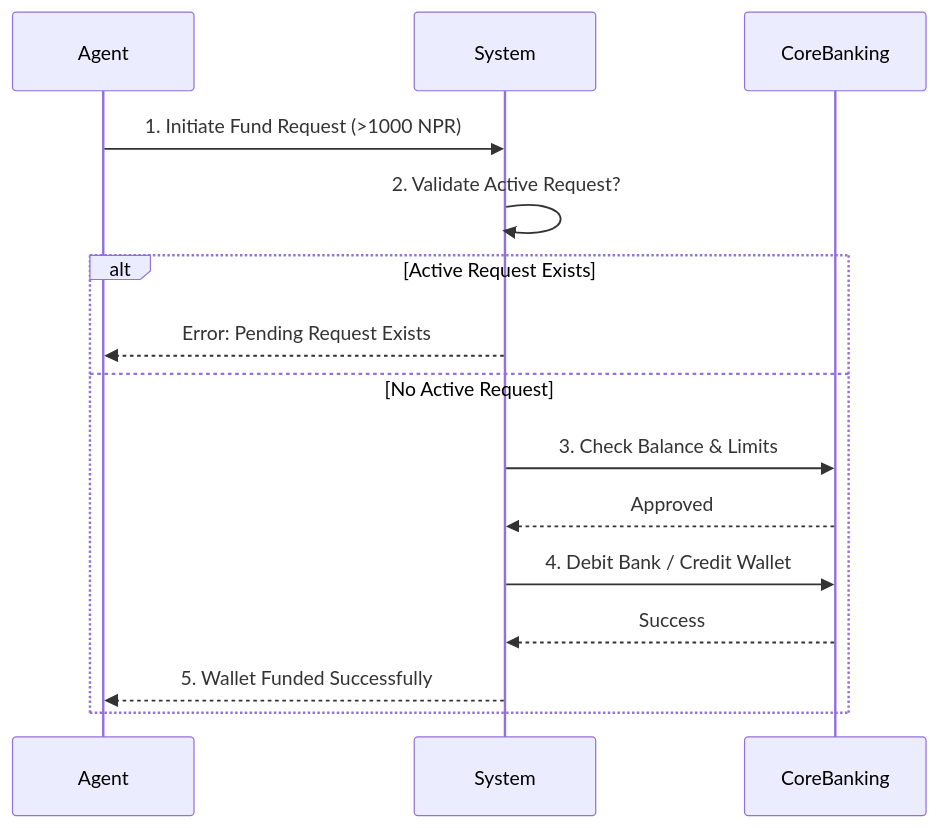
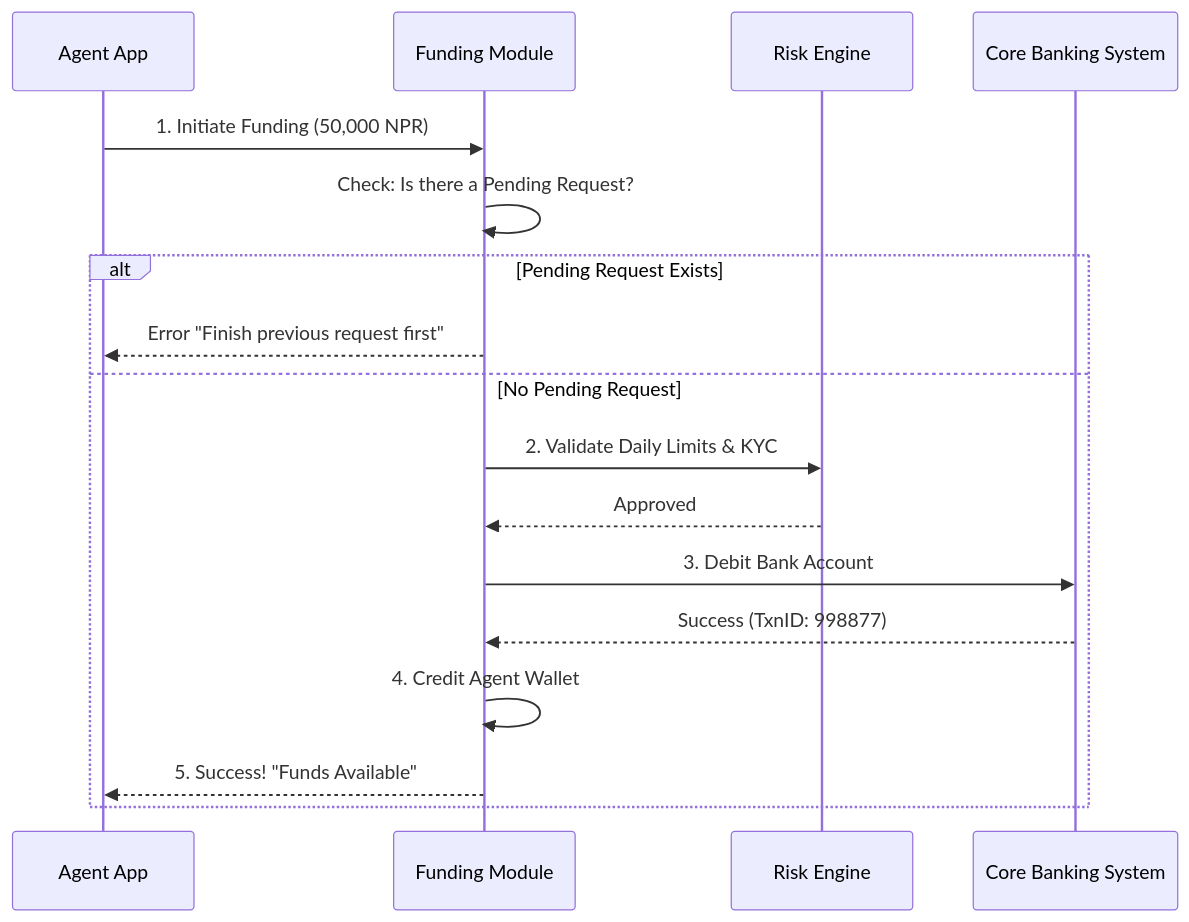
The diagram in README.md (aaaaa012/self-funding-module), drawn with Mermaid before and after one commit. The commit also changed other lines of this file and 1 other file, not shown here.

````diff
--- a/README.md
+++ b/README.md
@@ -36,18 +69,20 @@
 ```mermaid
 sequenceDiagram
-    participant Agent
-    participant System
-    participant CoreBanking
-
-    Agent->>System: 1. Initiate Fund Request (>1000 NPR)
-    System->>System: 2. Validate Active Request?
-    alt Active Request Exists
-        System-->>Agent: Error: Pending Request Exists
-    else No Active Request
-        System->>CoreBanking: 3. Check Balance & Limits
-        CoreBanking-->>System: Approved
-        System->>CoreBanking: 4. Debit Bank / Credit Wallet
-        CoreBanking-->>System: Success
-        System-->>Agent: 5. Wallet Funded Successfully
+    participant Agent as Agent App
+    participant System as Funding Module
+    participant Risk as Risk Engine
+    participant CBS as Core Banking System
+    
+    Agent->>System: 1. Initiate Funding (50,000 NPR)
+    System->>System: Check: Is there a Pending Request?
+    alt Pending Request Exists
+        System-->>Agent: Error "Finish previous request first"
+    else No Pending Request
+        System->>Risk: 2. Validate Daily Limits & KYC
+        Risk-->>System: Approved
+        System->>CBS: 3. Debit Bank Account
+        CBS-->>System: Success (TxnID: 998877)
+        System->>System: 4. Credit Agent Wallet
+        System-->>Agent: 5. Success! "Funds Available"
     end
 ```
````
